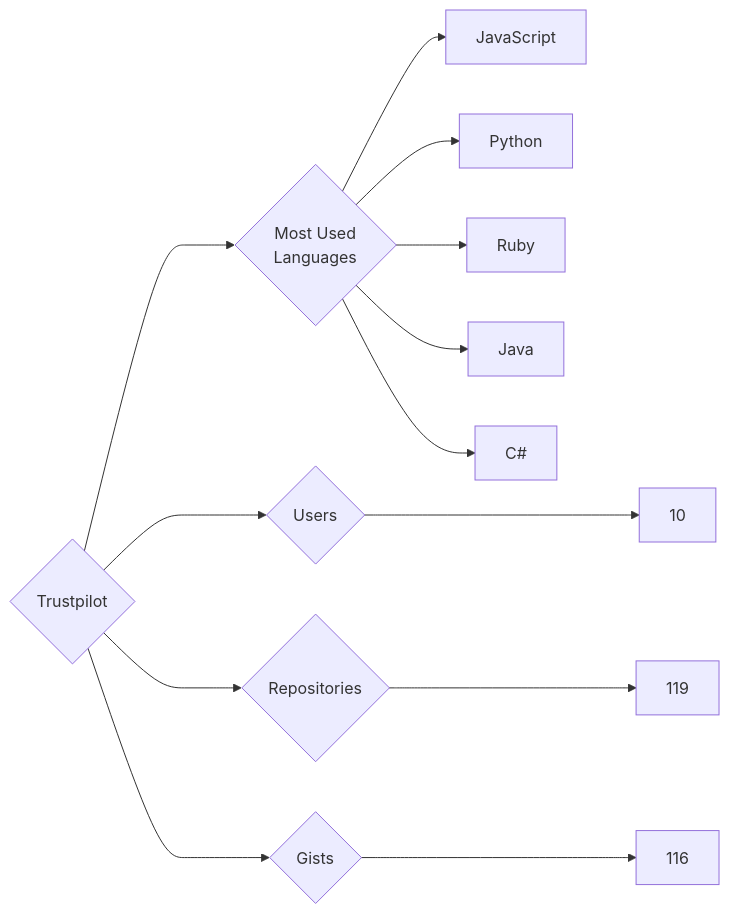
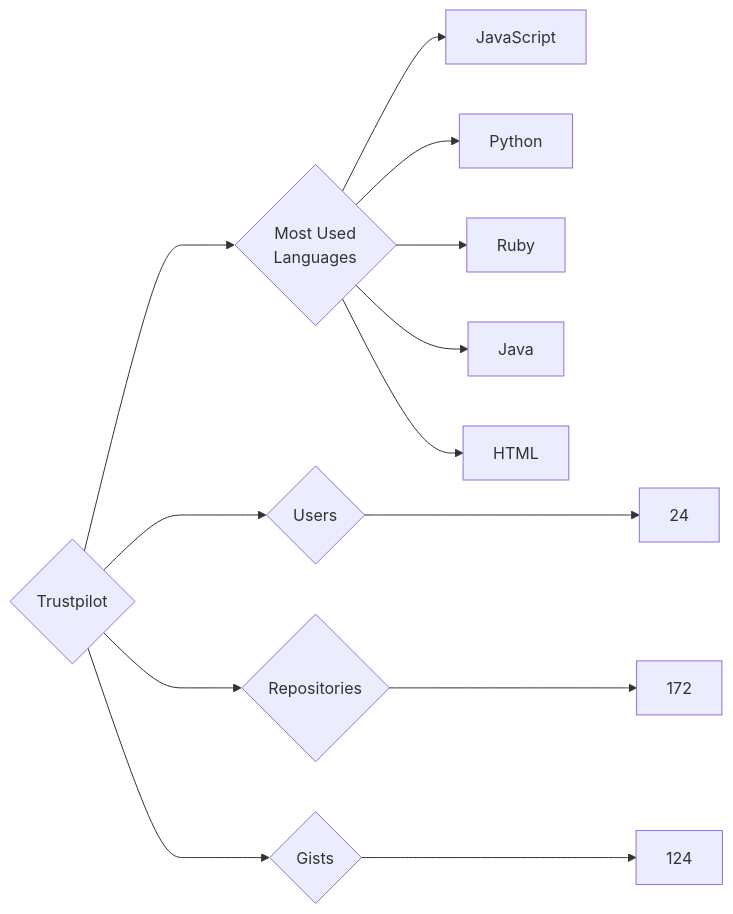
One commit to trickest/insiders changed the diagram in targets/Trustpilot/README.md. Above: the diagram before and after it, drawn with Mermaid. The commit also changed 534 other files, not shown here.

````diff
--- a/targets/Trustpilot/README.md
+++ b/targets/Trustpilot/README.md
@@ -3,13 +3,13 @@
 ```mermaid
 graph LR
 COMPANY_NAME{Trustpilot}
-COMPANY_NAME ---> U{Users} ---> UN[10]
-COMPANY_NAME ---> R{Repositories} ---> RN[119]
-COMPANY_NAME ---> G{Gists} ---> GN[116]
+COMPANY_NAME ---> U{Users} ---> UN[24]
+COMPANY_NAME ---> R{Repositories} ---> RN[172]
+COMPANY_NAME ---> G{Gists} ---> GN[124]
 COMPANY_NAME ---> ML{Most Used<br>Languages}
 ML --> JavaScript[JavaScript]
 ML --> Python[Python]
 ML --> Ruby[Ruby]
 ML --> Java[Java]
-ML --> C#[C#]
+ML --> HTML[HTML]
 ```
````
